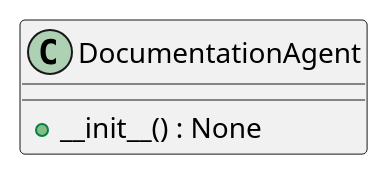
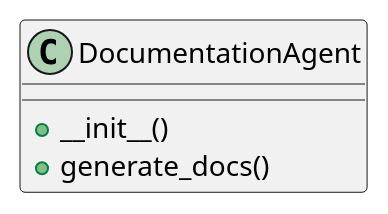
Before and after one commit to lgcorzo/llmops-python-package: the diagram in openwiki/src/autogen_team/application/agents/documentation_agent.md, drawn with PlantUML. The commit also changed other lines of this file and 77 other files, not shown here.

````diff
--- a/openwiki/src/autogen_team/application/agents/documentation_agent.md
+++ b/openwiki/src/autogen_team/application/agents/documentation_agent.md
@@ -49,7 +73,8 @@
 ```plantuml
 @startuml
-    class DocumentationAgent {
-        +__init__() : None
-    }
+class DocumentationAgent {
+  + __init__()
+  + generate_docs()
+}
 @enduml
 ```
````
